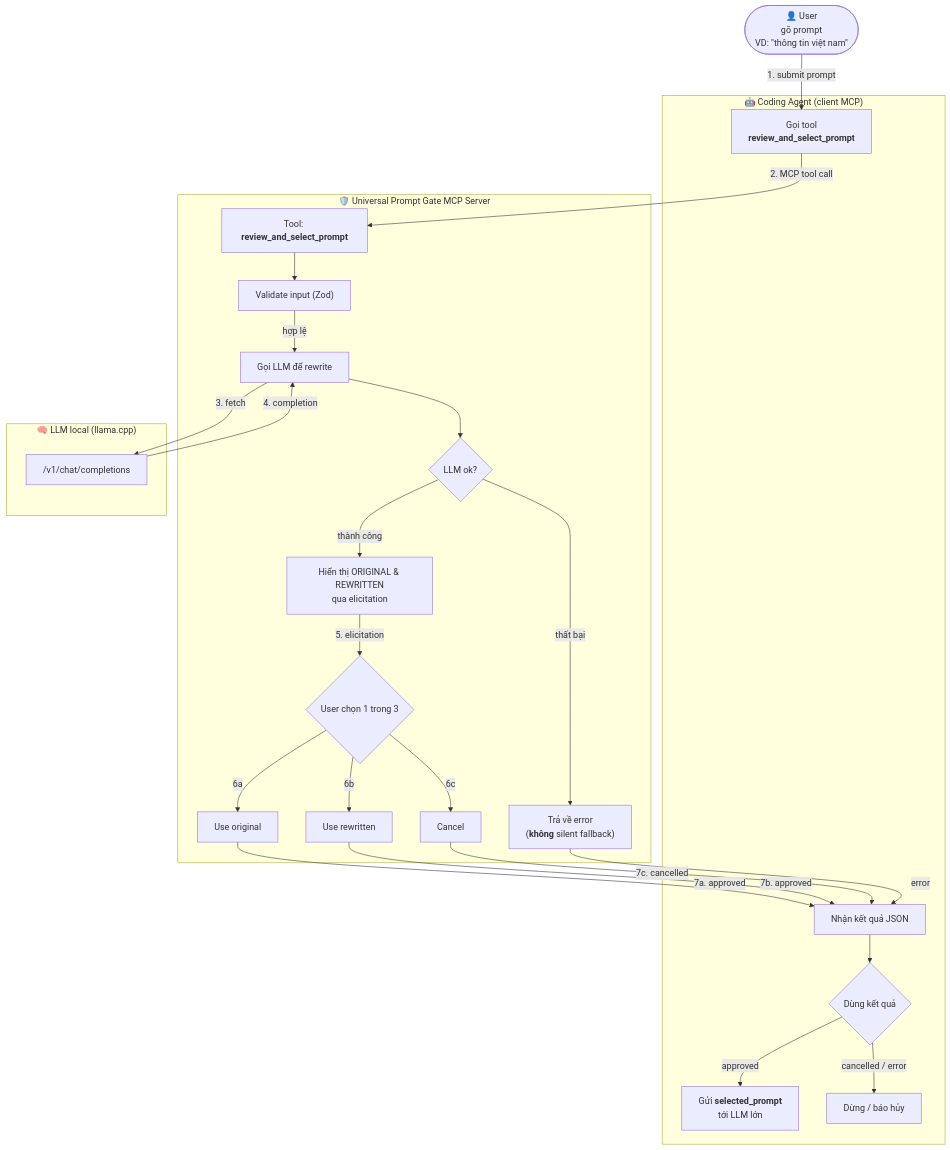
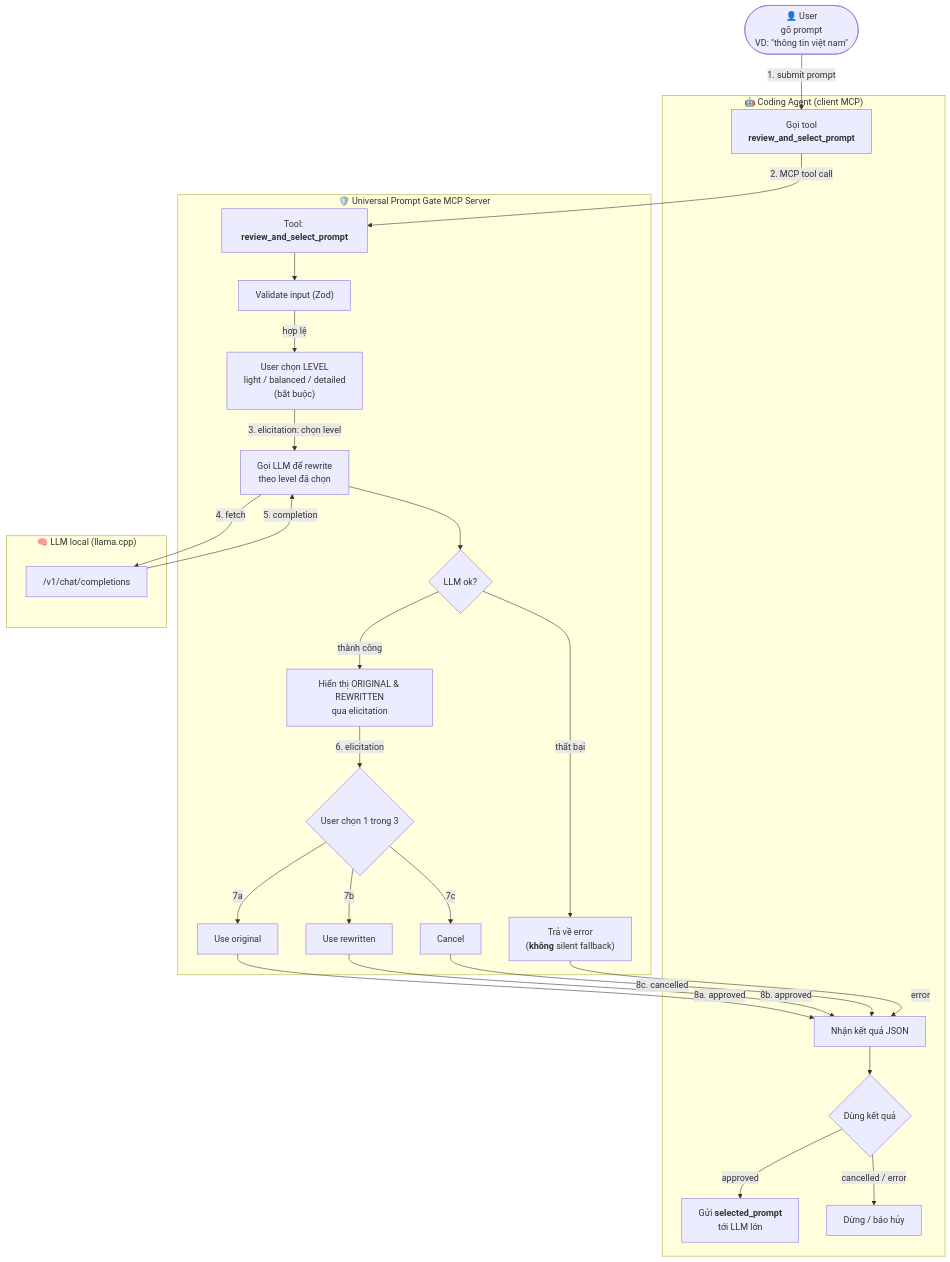
The diagram in docs/ARCHITECTURE.md (nbhson/tool-prompt-rewrite-mcp), drawn with Mermaid before and after one commit. The commit also changed other lines of this file and 19 other files, not shown here.

First line of the commit message:
User-chosen rewrite level (mandatory picker) + language preservation

````diff
--- a/docs/ARCHITECTURE.md
+++ b/docs/ARCHITECTURE.md
@@ -126,50 +126,52 @@
 ```mermaid
 flowchart TD
   U(["👤 User<br/>gõ prompt<br/>VD: &quot;thông tin việt nam&quot;"])
 
   subgraph AGENT["🤖 Coding Agent (client MCP)"]
     A1["Gọi tool<br/><b>review_and_select_prompt</b>"]
     A3["Nhận kết quả JSON"]
     A4{"Dùng kết quả"}
     AOK["Gửi <b>selected_prompt</b><br/>tới LLM lớn"]
     ASTOP["Dừng / báo hủy"]
   end
 
   subgraph MCP["🛡️ Universal Prompt Gate MCP Server"]
     T["Tool: <b>review_and_select_prompt</b>"]
     V["Validate input (Zod)"]
-    R["Gọi LLM để rewrite"]
+    LP["User chọn LEVEL<br/>light / balanced / detailed<br/>(bắt buộc)"]
+    R["Gọi LLM để rewrite<br/>theo level đã chọn"]
     RM{"LLM ok?"}
     RE["Trả về error<br/>(<b>không</b> silent fallback)"]
     E["Hiển thị ORIGINAL &amp; REWRITTEN<br/>qua elicitation"]
     CHOICE{"User chọn 1 trong 3"}
     O1["Use original"]
     O2["Use rewritten"]
     O3["Cancel"]
   end
 
   subgraph LLM["🧠 LLM local (llama.cpp)"]
     L1["/v1/chat/completions"]
   end
 
   U -->|"1. submit prompt"| A1
   A1 -->|"2. MCP tool call"| T
   T --> V
-  V -->|"hợp lệ"| R
-  R -->|3. fetch| L1
-  L1 -->|4. completion| R
+  V -->|"hợp lệ"| LP
+  LP -->|"3. elicitation: chọn level"| R
+  R -->|4. fetch| L1
+  L1 -->|5. completion| R
   R --> RM
   RM -->|thất bại| RE
   RM -->|thành công| E
-  E -->|5. elicitation| CHOICE
-  CHOICE -->|6a| O1
-  CHOICE -->|6b| O2
-  CHOICE -->|6c| O3
-  O1 -->|7a. approved| A3
-  O2 -->|7b. approved| A3
-  O3 -->|7c. cancelled| A3
+  E -->|6. elicitation| CHOICE
+  CHOICE -->|7a| O1
+  CHOICE -->|7b| O2
+  CHOICE -->|7c| O3
+  O1 -->|8a. approved| A3
+  O2 -->|8b. approved| A3
+  O3 -->|8c. cancelled| A3
   RE -->|error| A3
   A3 --> A4
   A4 -->|"approved"| AOK
   A4 -->|"cancelled / error"| ASTOP
 ```
````
